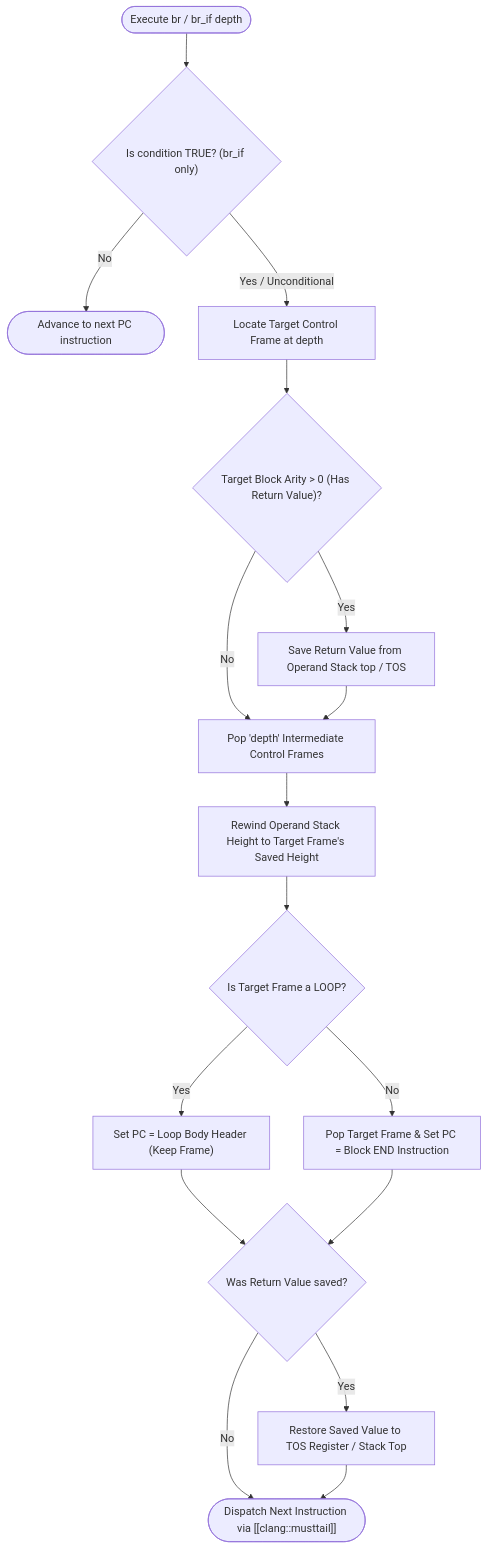
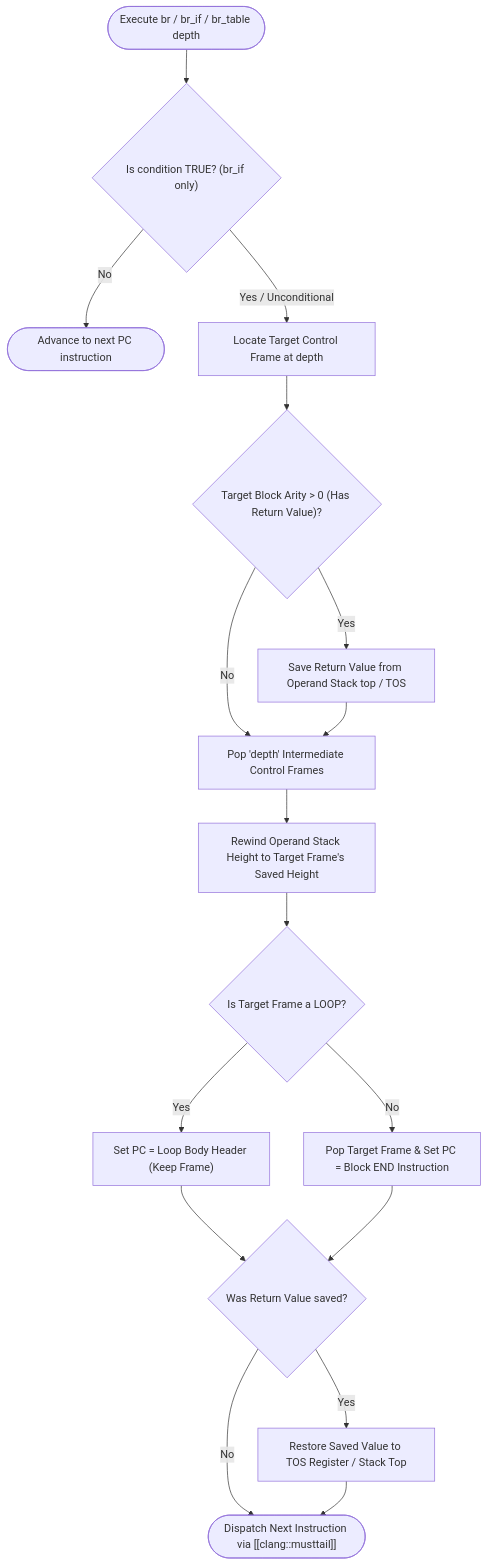
Before and after one commit to kmt-t/fireball: the second of 4 diagrams in docs/components/tier2_runtime/runtime_interpreter.md, drawn with Mermaid. The commit also changed other lines of this file and 18 other files, not shown here.

Commit message:
docs: harmonize component diagrams, state transitions, and symlinks across specifications

````diff
--- a/docs/components/tier2_runtime/runtime_interpreter.md
+++ b/docs/components/tier2_runtime/runtime_interpreter.md
@@ -156,24 +156,24 @@
 ```mermaid
 flowchart TD
-    Start(["Execute br / br_if depth"]) --> CheckCond{"Is condition TRUE? (br_if only)"}
+    Start(["Execute br / br_if / br_table depth"]) --> CheckCond{"Is condition TRUE? (br_if only)"}
     CheckCond -- "No" --> NextPC(["Advance to next PC instruction"])
     CheckCond -- "Yes / Unconditional" --> FetchTarget["Locate Target Control Frame at depth"]
 
     FetchTarget --> CheckArity{"Target Block Arity > 0 (Has Return Value)?"}
     CheckArity -- "Yes" --> SaveVal["Save Return Value from Operand Stack top / TOS"]
     CheckArity -- "No" --> Prune["Pop 'depth' Intermediate Control Frames"]
 
     SaveVal --> Prune
     Prune --> RewindStack["Rewind Operand Stack Height to Target Frame's Saved Height"]
     RewindStack --> CheckLoop{"Is Target Frame a LOOP?"}
 
     CheckLoop -- "Yes" --> LoopBranch["Set PC = Loop Body Header (Keep Frame)"]
     CheckLoop -- "No" --> BlockBranch["Pop Target Frame & Set PC = Block END Instruction"]
 
     LoopBranch --> RestoreVal{"Was Return Value saved?"}
     BlockBranch --> RestoreVal
 
     RestoreVal -- "Yes" --> SetTOS["Restore Saved Value to TOS Register / Stack Top"]
     RestoreVal -- "No" --> Dispatch
     SetTOS --> Dispatch(["Dispatch Next Instruction via [[clang::musttail]]"])
 ```
````
